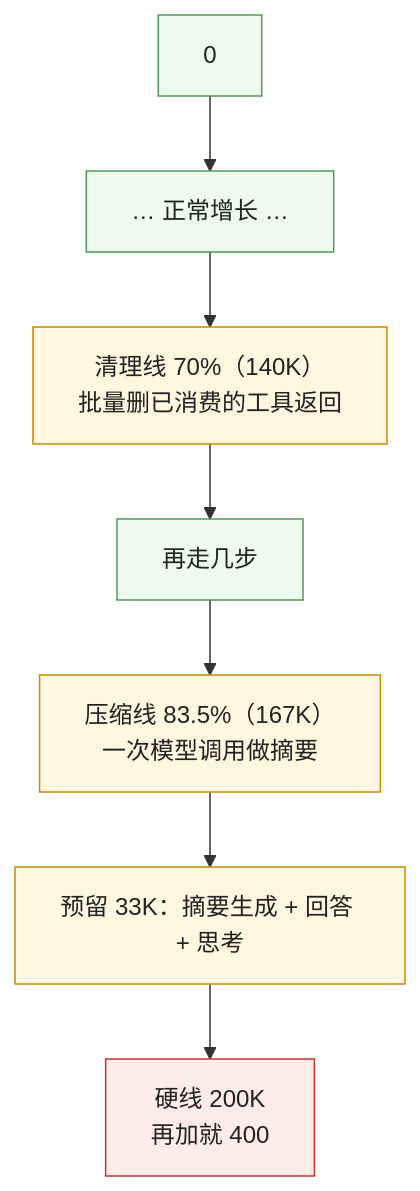
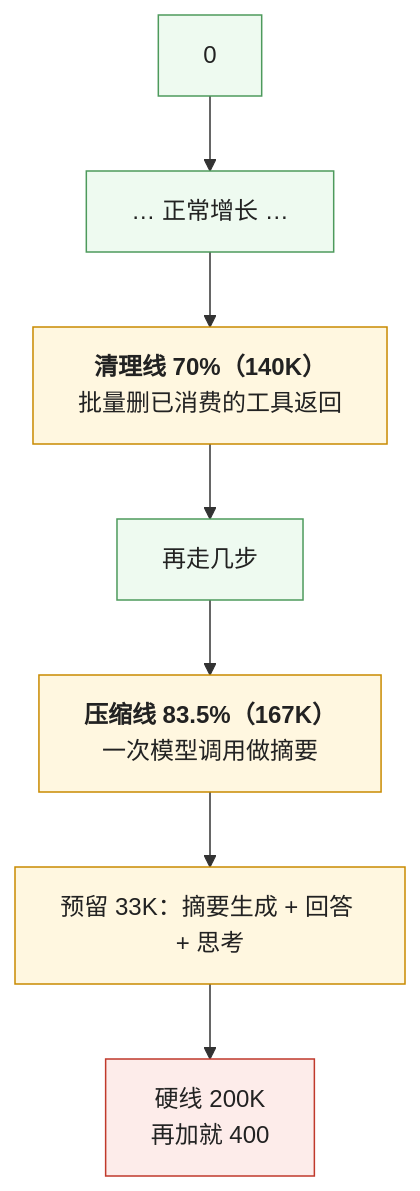
The third of 6 diagrams in _posts/2026-10-09-context-budgeting-offloading-and-compaction.md (arganzheng/arganzheng.github.com), drawn with Mermaid before and after one commit. The commit also changed other lines of this file and 6 other files, not shown here.

First line of the commit message:
Prompt 与上下文工程：模型这一步该看到什么：Mermaid 多行方框的首行标为标题（7 篇）

````diff
--- a/_posts/2026-10-09-context-budgeting-offloading-and-compaction.md
+++ b/_posts/2026-10-09-context-budgeting-offloading-and-compaction.md
@@ -104,11 +104,11 @@
 ```mermaid
 %% 图：三条线的位置与它们之间要留的距离——清理线（70%）开始批量删旧工具返回，压缩线（83.5%）触发摘要，硬线（窗口减输出预留）之后请求会 400；清理到压缩之间要能再走几步，否则每步都在压缩
 flowchart TB
-    Z["0"] --> A["… 正常增长 …"] --> L1["清理线 70%（140K）<br/>批量删已消费的工具返回"] --> B["再走几步"] --> L2["压缩线 83.5%（167K）<br/>一次模型调用做摘要"] --> C["预留 33K：摘要生成 + 回答 + 思考"] --> L3["硬线 200K<br/>再加就 400"]
+    Z["0"] --> A["… 正常增长 …"] --> L1["<b>清理线 70%（140K）</b><br/>批量删已消费的工具返回"] --> B["再走几步"] --> L2["<b>压缩线 83.5%（167K）</b><br/>一次模型调用做摘要"] --> C["预留 33K：摘要生成 + 回答 + 思考"] --> L3["硬线 200K<br/>再加就 400"]
     classDef ok fill:#eefaf0,stroke:#4d9a5c,color:#222
     classDef warn fill:#fff7e0,stroke:#c98a00,color:#222
     classDef bad fill:#fdecea,stroke:#c0392b,color:#222
     class Z,A,B ok
     class L1,L2,C warn
     class L3 bad
 ```
````
